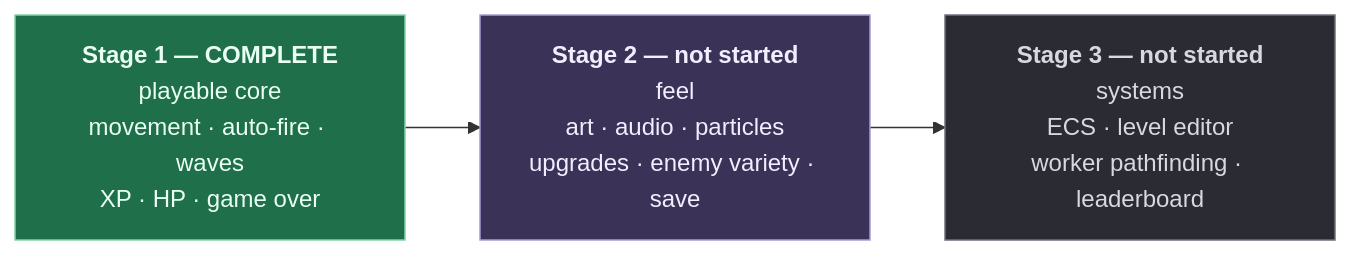
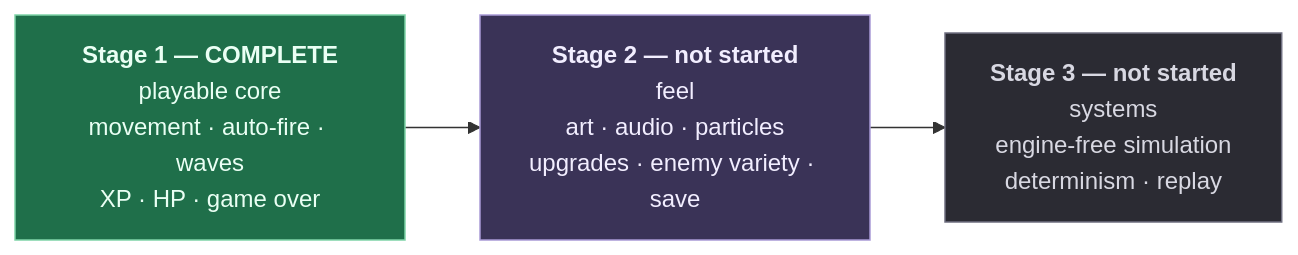
Before and after one commit to s3nsh1-dev/2d-brick-game: the diagram in docs/STATUS.md, drawn with Mermaid. The commit also changed other lines of this file and 6 other files, not shown here.

````diff
--- a/docs/STATUS.md
+++ b/docs/STATUS.md
@@ -66,10 +72,10 @@
 ```mermaid
 flowchart LR
     S1["<b>Stage 1 — COMPLETE</b><br/>playable core<br/>movement · auto-fire · waves<br/>XP · HP · game over"]
     S2["<b>Stage 2 — not started</b><br/>feel<br/>art · audio · particles<br/>upgrades · enemy variety · save"]
-    S3["<b>Stage 3 — not started</b><br/>systems<br/>ECS · level editor<br/>worker pathfinding · leaderboard"]
+    S3["<b>Stage 3 — not started</b><br/>systems<br/>engine-free simulation<br/>determinism · replay"]
     S1 --> S2 --> S3
     style S1 fill:#1f6f4a,stroke:#7fd4a8,color:#eafff4
     style S2 fill:#3a3357,stroke:#a99ad6,color:#f2eeff
     style S3 fill:#2b2b33,stroke:#6f6f80,color:#d8d8e2
 ```
````
